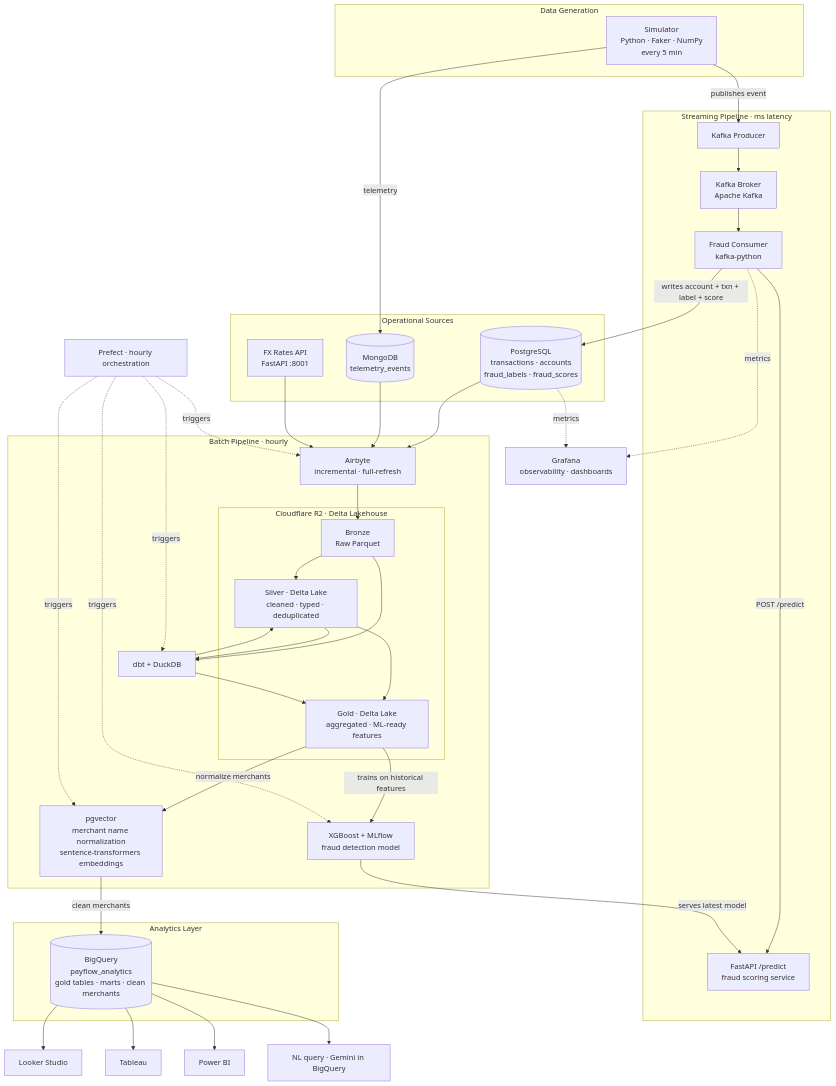
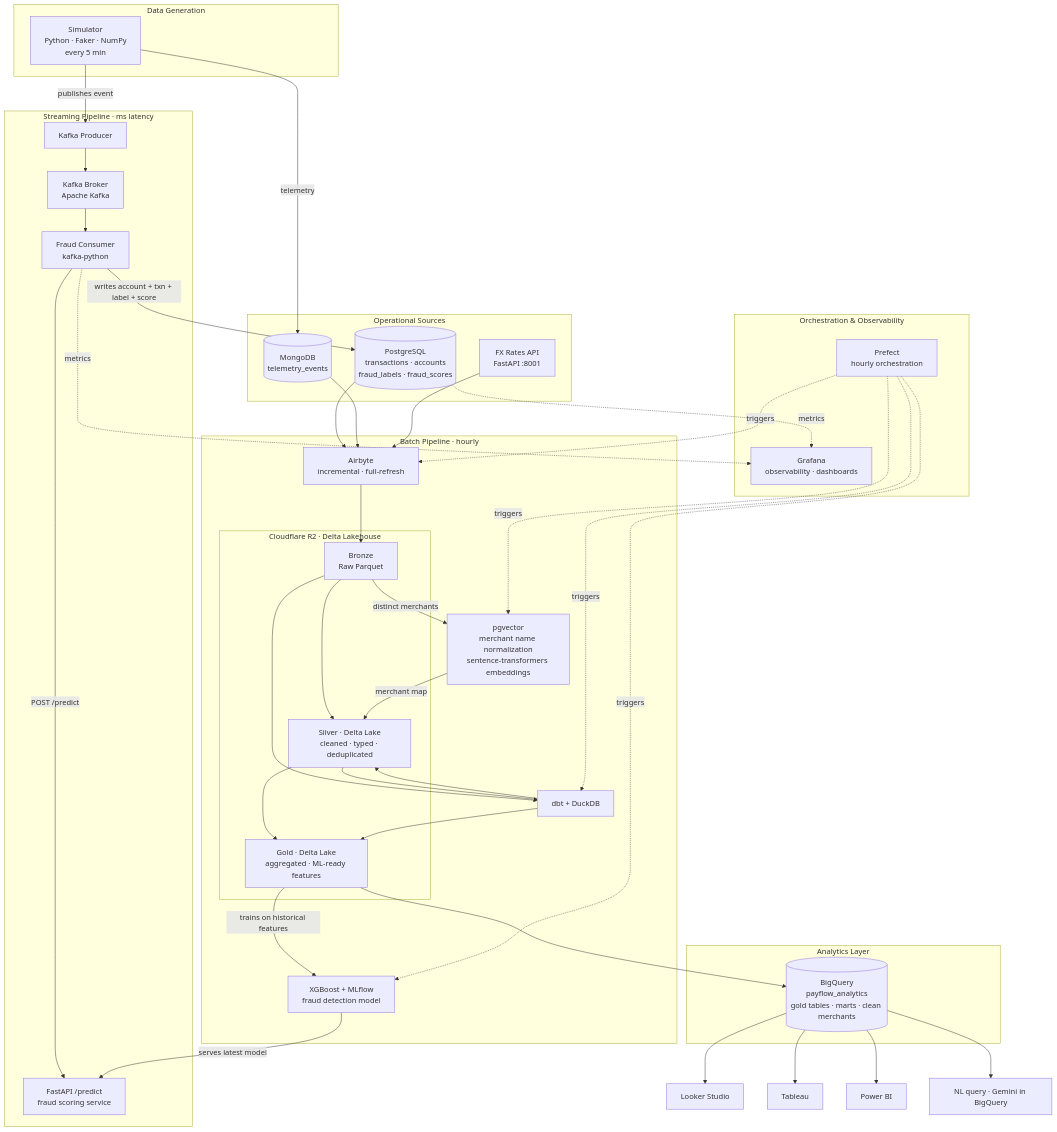
One commit to vifestudio/payflow-data-platform changed the diagram in README.md. Above: the diagram before and after it, drawn with Mermaid.

Commit message:
docs: move merchant normalization into Silver, group orchestration
- pgvector now feeds the Silver cleaning layer (reads raw merchants from Bronze,
  Silver applies the canonical map), so Gold inherits clean merchants and the
  warehouse load is a plain dump
- Group Prefect and Grafana into an Orchestration & Observability block

````diff
--- a/README.md
+++ b/README.md
@@ -9,60 +9,63 @@
 ```mermaid
 flowchart TD
     subgraph SIM["Data Generation"]
         S["Simulator\nPython · Faker · NumPy\nevery 5 min"]
     end
 
     subgraph STREAMING["Streaming Pipeline · ms latency"]
         KP["Kafka Producer"]
         KB["Kafka Broker\nApache Kafka"]
         KC["Fraud Consumer\nkafka-python"]
         API2["FastAPI /predict\nfraud scoring service"]
     end
 
     subgraph SOURCES["Operational Sources"]
         PG[(PostgreSQL\ntransactions · accounts\nfraud_labels · fraud_scores)]
         MG[(MongoDB\ntelemetry_events)]
         FX["FX Rates API\nFastAPI :8001"]
     end
 
     subgraph BATCH["Batch Pipeline · hourly"]
         AB["Airbyte\nincremental · full-refresh"]
         subgraph LAKE["Cloudflare R2 · Delta Lakehouse"]
             B["Bronze\nRaw Parquet"]
             SI["Silver · Delta Lake\ncleaned · typed · deduplicated"]
             G["Gold · Delta Lake\naggregated · ML-ready features"]
             B --> SI --> G
         end
         DBT["dbt + DuckDB"]
         VEC["pgvector\nmerchant name normalization\nsentence-transformers embeddings"]
         ML["XGBoost + MLflow\nfraud detection model"]
     end
 
     subgraph ANALYTICS["Analytics Layer"]
         BQ[("BigQuery\npayflow_analytics\ngold tables · marts · clean merchants")]
     end
 
     LS["Looker Studio"]
     TB["Tableau"]
     PB["Power BI"]
     NLQ["NL query · Gemini in BigQuery"]
-    GRAF["Grafana\nobservability · dashboards"]
+
+    subgraph OPS["Orchestration & Observability"]
+        PREF["Prefect\nhourly orchestration"]
+        GRAF["Grafana\nobservability · dashboards"]
+    end
 
     S -->|"publishes event"| KP --> KB --> KC
     S -->|"telemetry"| MG
     KC -->|"POST /predict"| API2
     KC -->|"writes account + txn + label + score"| PG
 
     PG & MG & FX --> AB --> B
+    B -->|"distinct merchants"| VEC -->|"merchant map"| SI
     B --> DBT --> SI --> DBT --> G
 
     G -->|"trains on historical features"| ML
     ML -->|"serves latest model"| API2
 
-    G -->|"normalize merchants"| VEC -->|"clean merchants"| BQ
-    BQ --> LS & TB & PB & NLQ
+    G --> BQ --> LS & TB & PB & NLQ
 
+    PREF -. "triggers" .-> AB & VEC & DBT & ML
     PG & KC -.->|"metrics"| GRAF
-
-    PREF["Prefect · hourly orchestration"] -. "triggers" .-> AB & DBT & ML & VEC
 ```
````
